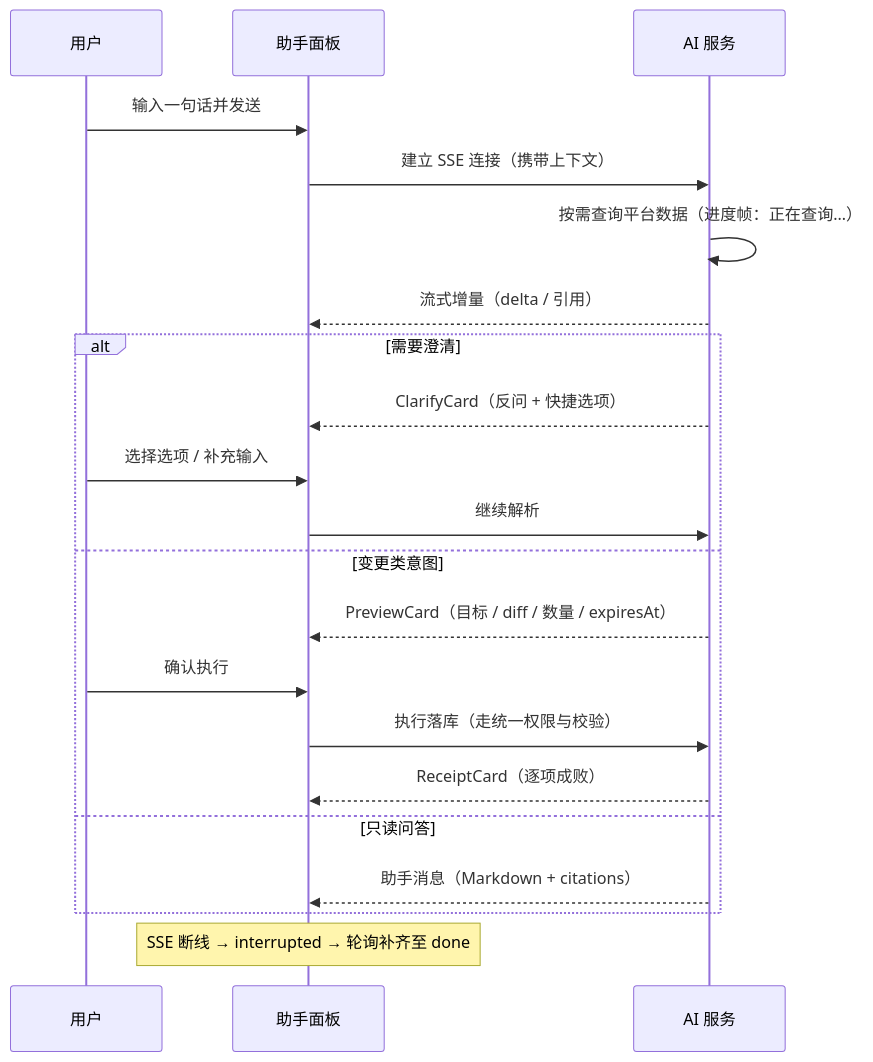
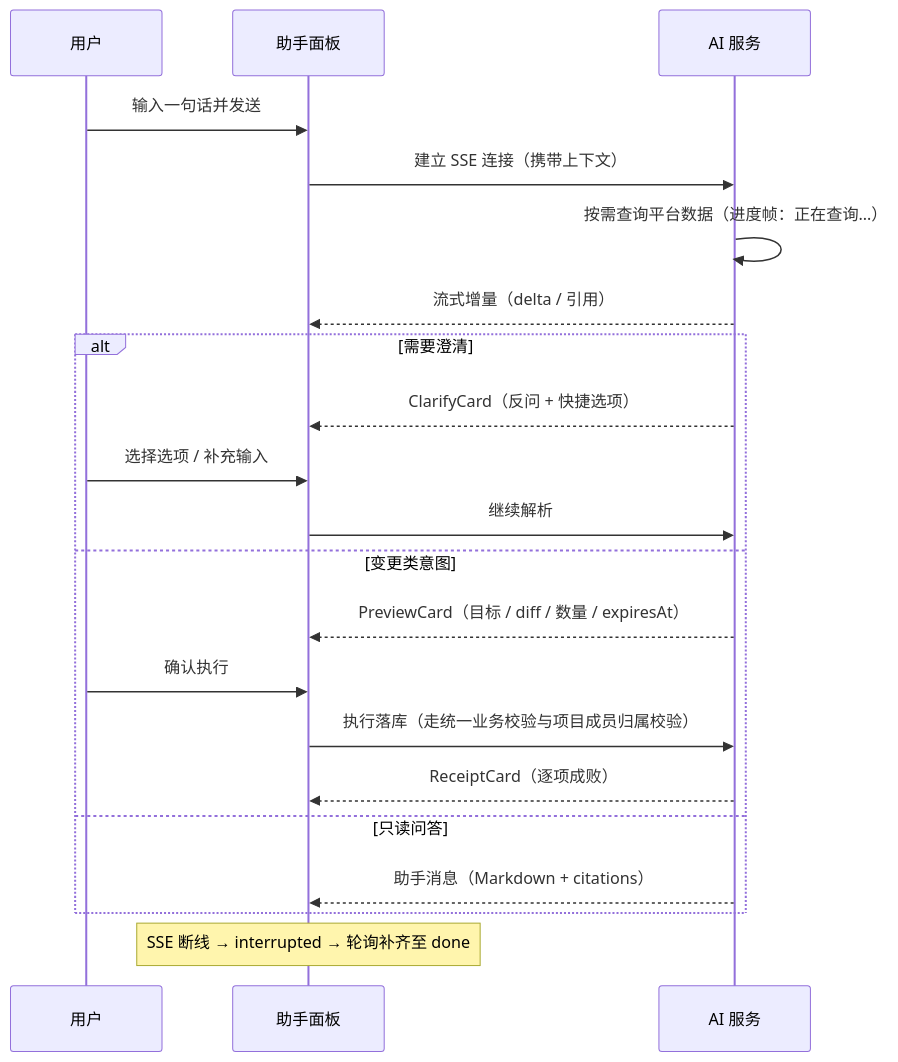
One commit to XiaoMiSum/robotest changed the diagram in docs/05-interaction-design/07-ai-capability/05-ai-assistant-ui.md. Above: the diagram before and after it, drawn with Mermaid. The commit also changed other lines of this file and 105 other files, not shown here.

````diff
--- a/docs/05-interaction-design/07-ai-capability/05-ai-assistant-ui.md
+++ b/docs/05-interaction-design/07-ai-capability/05-ai-assistant-ui.md
@@ -88,23 +87,23 @@
 ```mermaid
 sequenceDiagram
   participant U as 用户
   participant A as 助手面板
   participant S as AI 服务
   U->>A: 输入一句话并发送
   A->>S: 建立 SSE 连接（携带上下文）
   S->>S: 按需查询平台数据（进度帧：正在查询…）
   S-->>A: 流式增量（delta / 引用）
   alt 需要澄清
     S-->>A: ClarifyCard（反问 + 快捷选项）
     U->>A: 选择选项 / 补充输入
     A->>S: 继续解析
   else 变更类意图
     S-->>A: PreviewCard（目标 / diff / 数量 / expiresAt）
     U->>A: 确认执行
-    A->>S: 执行落库（走统一权限与校验）
+    A->>S: 执行落库（走统一业务校验与项目成员归属校验）
     S-->>A: ReceiptCard（逐项成败）
   else 只读问答
     S-->>A: 助手消息（Markdown + citations）
   end
   Note over A: SSE 断线 → interrupted → 轮询补齐至 done
 ```
````
